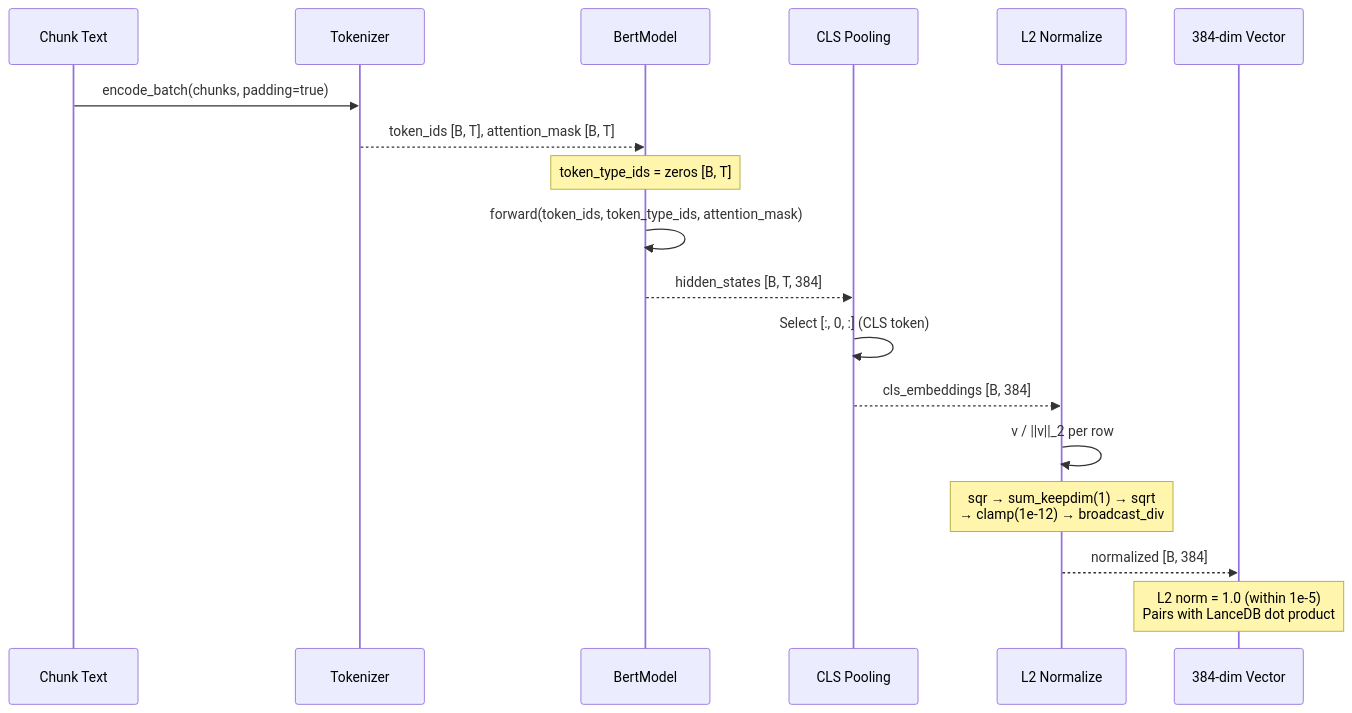
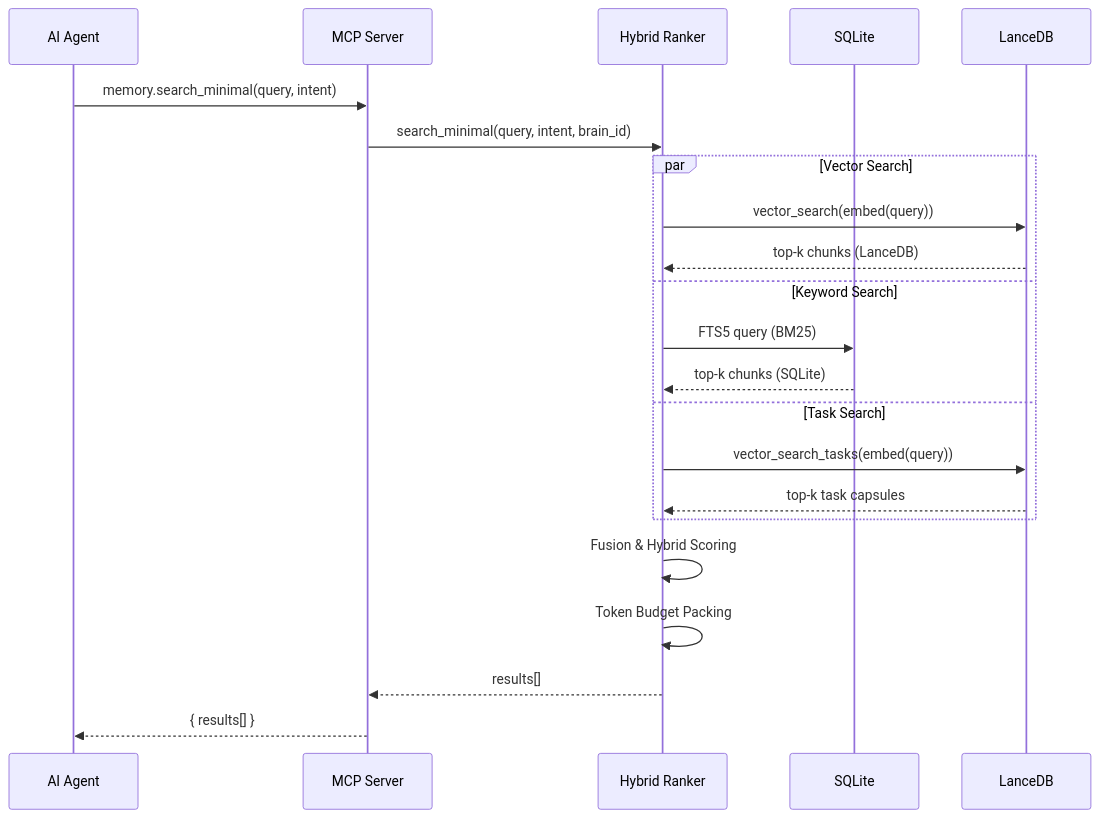
Before and after one commit to benediktms/brain: the fourth of 4 diagrams in docs/ARCHITECTURE.md, drawn with Mermaid. The commit also changed other lines of this file and 1 other file, not shown here.

First line of the commit message:
docs: rewrite README and ARCHITECTURE for task-management-first framing

````diff
--- a/docs/ARCHITECTURE.md
+++ b/docs/ARCHITECTURE.md
@@ -486,26 +200,27 @@
 ```mermaid
 sequenceDiagram
-    participant Text as Chunk Text
-    participant Tok as Tokenizer
-    participant Bert as BertModel
-    participant Pool as CLS Pooling
-    participant Norm as L2 Normalize
-    participant Out as 384-dim Vector
+    participant Agent as AI Agent
+    participant MCP as MCP Server
+    participant HR as Hybrid Ranker
+    participant DB as SQLite
+    participant Vec as LanceDB
 
-    Text->>Tok: encode_batch(chunks, padding=true)
-    Tok-->>Bert: token_ids [B, T], attention_mask [B, T]
+    Agent->>MCP: memory.search_minimal(query, intent)
+    MCP->>HR: search_minimal(query, intent, brain_id)
+    
+    par Vector Search
+        HR->>Vec: vector_search(embed(query))
+        Vec-->>HR: top-k chunks (LanceDB)
+    and Keyword Search
+        HR->>DB: FTS5 query (BM25)
+        DB-->>HR: top-k chunks (SQLite)
+    and Task Search
+        HR->>Vec: vector_search_tasks(embed(query))
+        Vec-->>HR: top-k task capsules
+    end
 
-    Note over Bert: token_type_ids = zeros [B, T]
-
-    Bert->>Bert: forward(token_ids, token_type_ids, attention_mask)
-    Bert-->>Pool: hidden_states [B, T, 384]
-
-    Pool->>Pool: Select [:, 0, :] (CLS token)
-    Pool-->>Norm: cls_embeddings [B, 384]
-
-    Norm->>Norm: v / ||v||_2 per row
-    Note over Norm: sqr → sum_keepdim(1) → sqrt<br/>→ clamp(1e-12) → broadcast_div
-
-    Norm-->>Out: normalized [B, 384]
-    Note over Out: L2 norm = 1.0 (within 1e-5)<br/>Pairs with LanceDB dot product
+    HR->>HR: Fusion & Hybrid Scoring
+    HR->>HR: Token Budget Packing
+    HR-->>MCP: results[]
+    MCP-->>Agent: { results[] }
 ```
````
